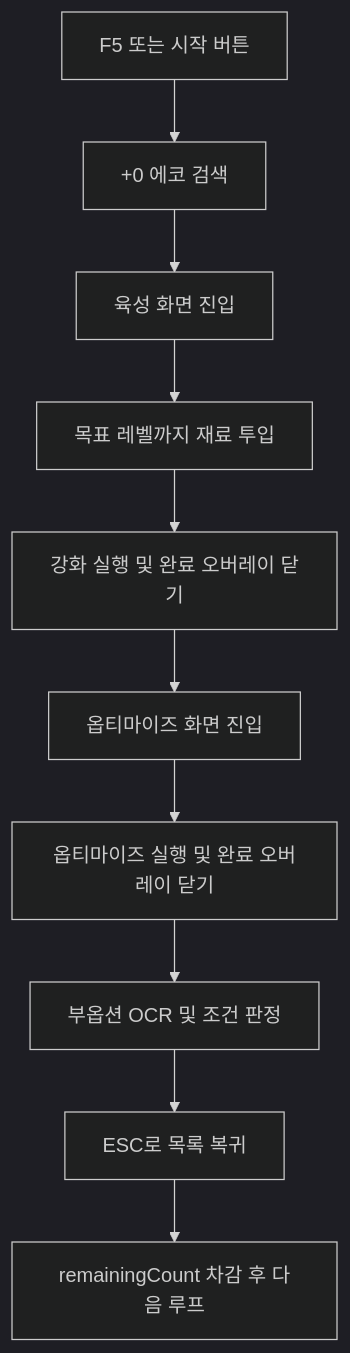
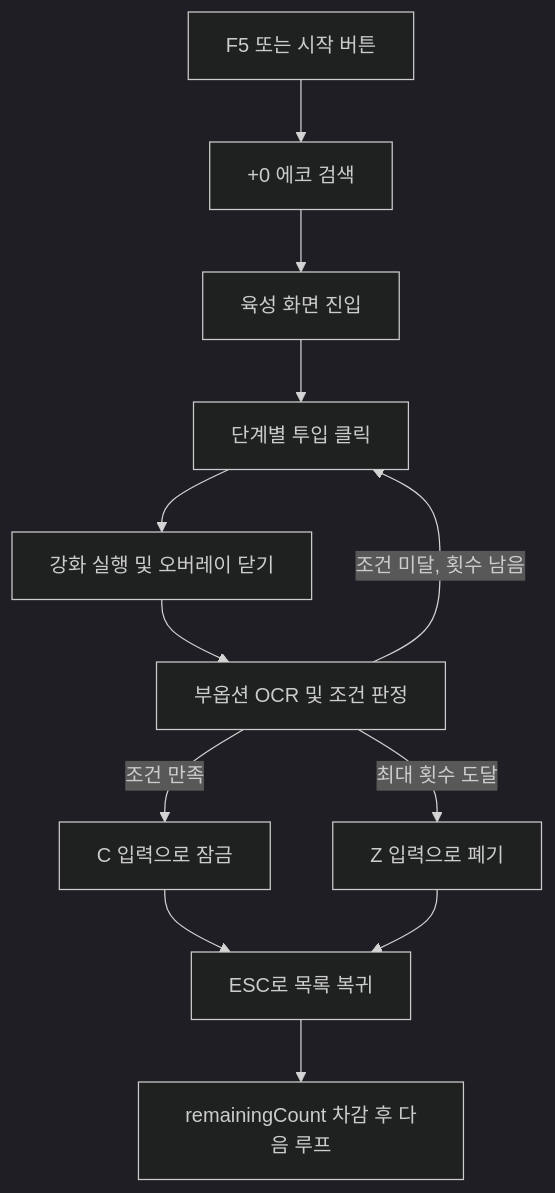
One commit to sinbumu/wuwa-echo-craftsman changed the diagram in docs/automation_scenario.md. Above: the diagram before and after it, drawn with Mermaid (dark theme). The commit also changed other lines of this file and 6 other files, not shown here.

````diff
--- a/docs/automation_scenario.md
+++ b/docs/automation_scenario.md
@@ -89,12 +45,14 @@
 ```mermaid
 flowchart TD
     Start["F5 또는 시작 버튼"] --> Search["+0 에코 검색"]
     Search --> EnhanceTab["육성 화면 진입"]
-    EnhanceTab --> Enhance["목표 레벨까지 재료 투입"]
-    Enhance --> EnhanceConfirm["강화 실행 및 완료 오버레이 닫기"]
-    EnhanceConfirm --> OptimizeTab["옵티마이즈 화면 진입"]
-    OptimizeTab --> OptimizeConfirm["옵티마이즈 실행 및 완료 오버레이 닫기"]
-    OptimizeConfirm --> Evaluate["부옵션 OCR 및 조건 판정"]
-    Evaluate --> Return["ESC로 목록 복귀"]
+    EnhanceTab --> StagedInput["단계별 투입 클릭"]
+    StagedInput --> EnhanceConfirm["강화 실행 및 오버레이 닫기"]
+    EnhanceConfirm --> Evaluate["부옵션 OCR 및 조건 판정"]
+    Evaluate -->|"조건 만족"| Lock["C 입력으로 잠금"]
+    Evaluate -->|"조건 미달, 횟수 남음"| StagedInput
+    Evaluate -->|"최대 횟수 도달"| Discard["Z 입력으로 폐기"]
+    Lock --> Return["ESC로 목록 복귀"]
+    Discard --> Return
     Return --> Next["remainingCount 차감 후 다음 루프"]
 ```
````
